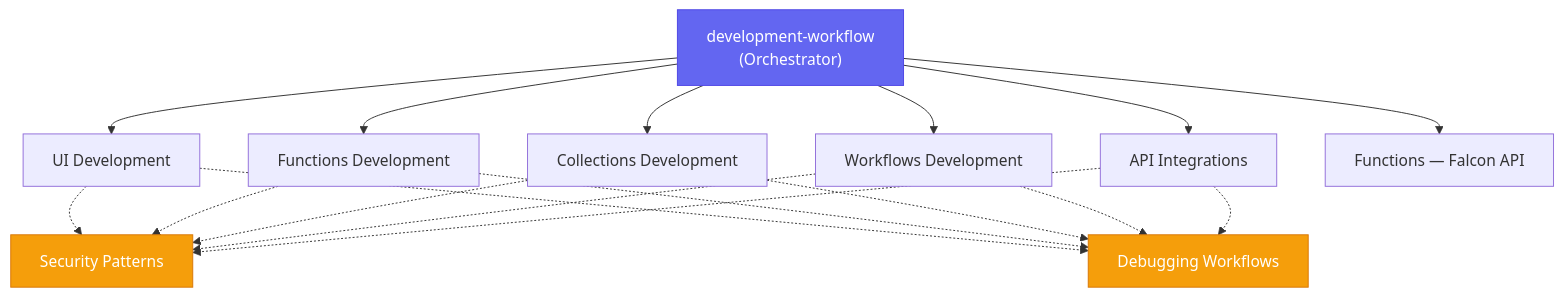
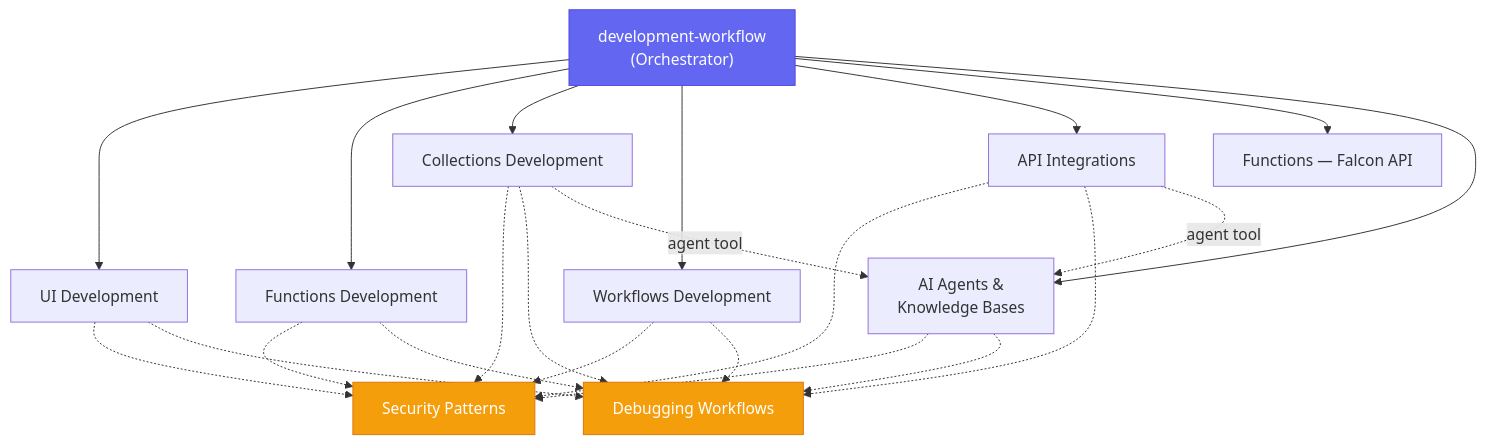
Before and after one commit to CrowdStrike/foundry-skills: the diagram in README.md, drawn with Mermaid. The commit also changed other lines of this file and 21 other files, not shown here.

First line of the commit message:
Create new skills for AI Agents and AI Knowledge bases capabilities (#107)

````diff
--- a/README.md
+++ b/README.md
@@ -105,27 +106,33 @@
 ```mermaid
 graph TD
     O["development-workflow<br/>(Orchestrator)"]
 
     O --> UI["UI Development"]
     O --> FN["Functions Development"]
     O --> CO["Collections Development"]
     O --> WF["Workflows Development"]
     O --> AI["API Integrations"]
     O --> FA["Functions — Falcon API"]
+    O --> AG["AI Agents &<br/>Knowledge Bases"]
 
     UI -.-> SP["Security Patterns"]
     FN -.-> SP
     CO -.-> SP
     WF -.-> SP
     AI -.-> SP
+    AG -.-> SP
 
     UI -.-> DB["Debugging Workflows"]
     FN -.-> DB
     CO -.-> DB
     WF -.-> DB
     AI -.-> DB
+    AG -.-> DB
+
+    CO -.->|"agent tool"| AG
+    AI -.->|"agent tool"| AG
 
     style O fill:#6366f1,stroke:#4f46e5,color:#fff
     style SP fill:#f59e0b,stroke:#d97706,color:#fff
     style DB fill:#f59e0b,stroke:#d97706,color:#fff
 ```
````
